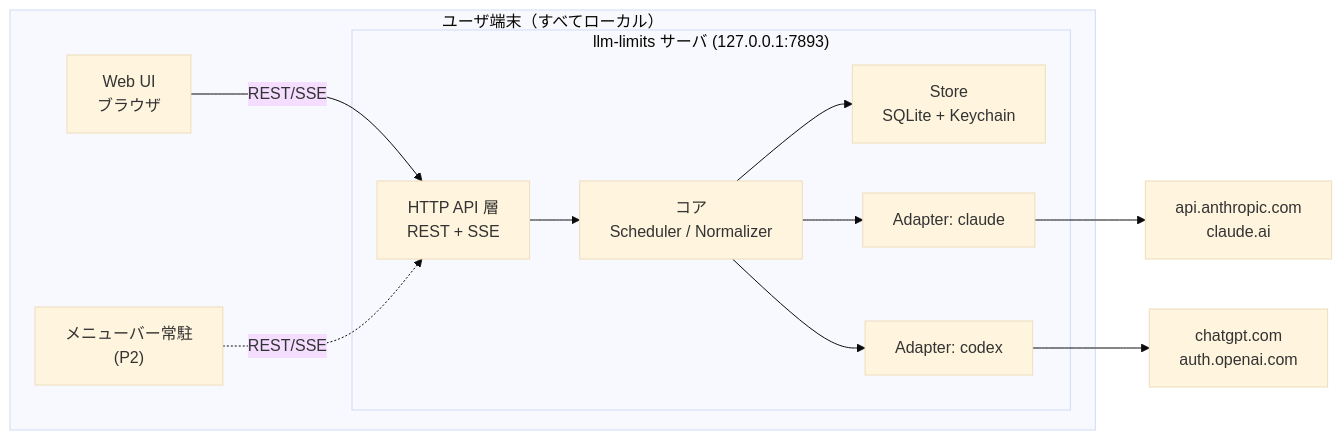
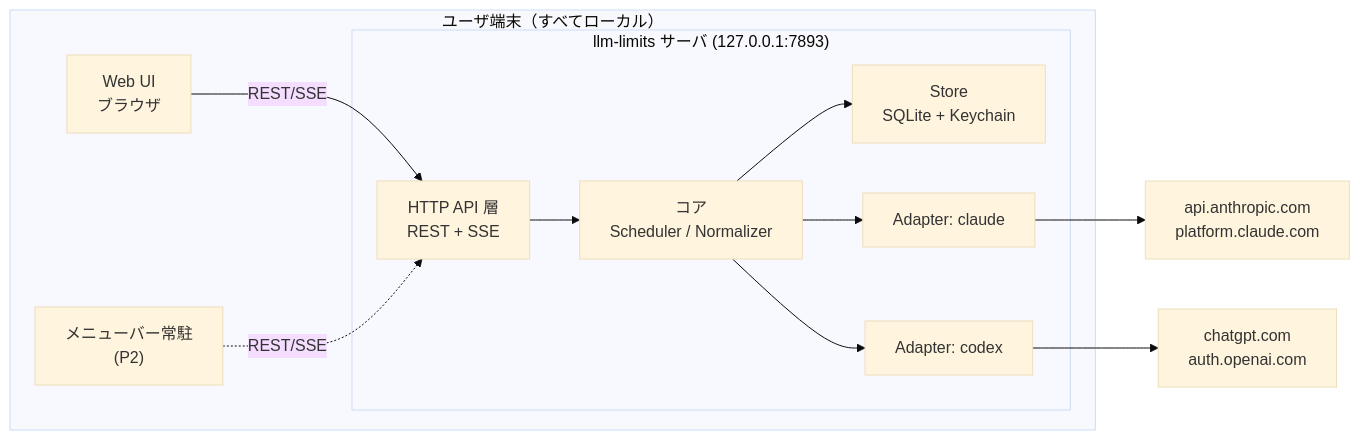
Before and after one commit to reki2000/llm-limits: the first of 5 diagrams in docs/design.md, drawn with Mermaid (base theme). The commit also changed other lines of this file and 1 other file, not shown here.

````diff
--- a/docs/design.md
+++ b/docs/design.md
@@ -60,24 +73,24 @@
 ```mermaid
 flowchart LR
   subgraph Desktop["ユーザ端末（すべてローカル）"]
     subgraph Server["llm-limits サーバ (127.0.0.1:7893)"]
       API["HTTP API 層<br/>REST + SSE"]
       Core["コア<br/>Scheduler / Normalizer"]
       Store["Store<br/>SQLite + Keychain"]
       AD1["Adapter: claude"]
       AD2["Adapter: codex"]
     end
     WebUI["Web UI<br/>ブラウザ"]
     Tray["メニューバー常駐<br/>(P2)"]
   end
 
-  Anth["api.anthropic.com<br/>claude.ai"]
+  Anth["api.anthropic.com<br/>platform.claude.com"]
   OAI["chatgpt.com<br/>auth.openai.com"]
 
   WebUI -->|REST/SSE| API
   Tray -.->|REST/SSE| API
   API --> Core
   Core --> Store
   Core --> AD1 --> Anth
   Core --> AD2 --> OAI
 ```
````
